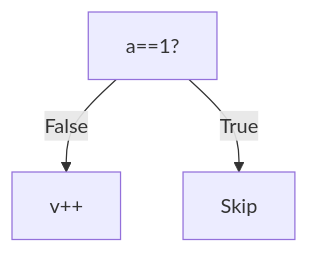
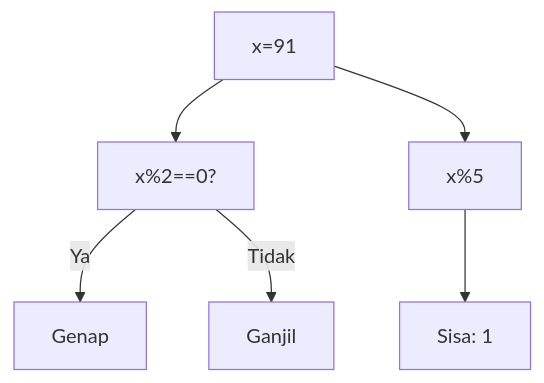
Before and after one commit to amnahwaida/OSNK_INF_PREP: the sixth of 25 diagrams in part-c-pemahaman-cpp/06-bitwise/latihan/set-03.md, drawn with Mermaid. The commit also changed other lines of this file and 71 other files, not shown here.

Commit message:
Fixed Mermaid syntax lexical errors with quoted labels in 1,800 questions

````diff
--- a/part-c-pemahaman-cpp/06-bitwise/latihan/set-03.md
+++ b/part-c-pemahaman-cpp/06-bitwise/latihan/set-03.md
@@ -234,5 +176,8 @@
 ```mermaid
 graph TD
-A[a==1?] -- False --> B[v++]
-A -- True --> C[Skip]
+A["x=91"] --> B["x%2==0?"]
+B -- Ya --> C["Genap"]
+B -- Tidak --> D["Ganjil"]
+A --> E["x%5"]
+E --> F["Sisa: 1"]
 ```
````
